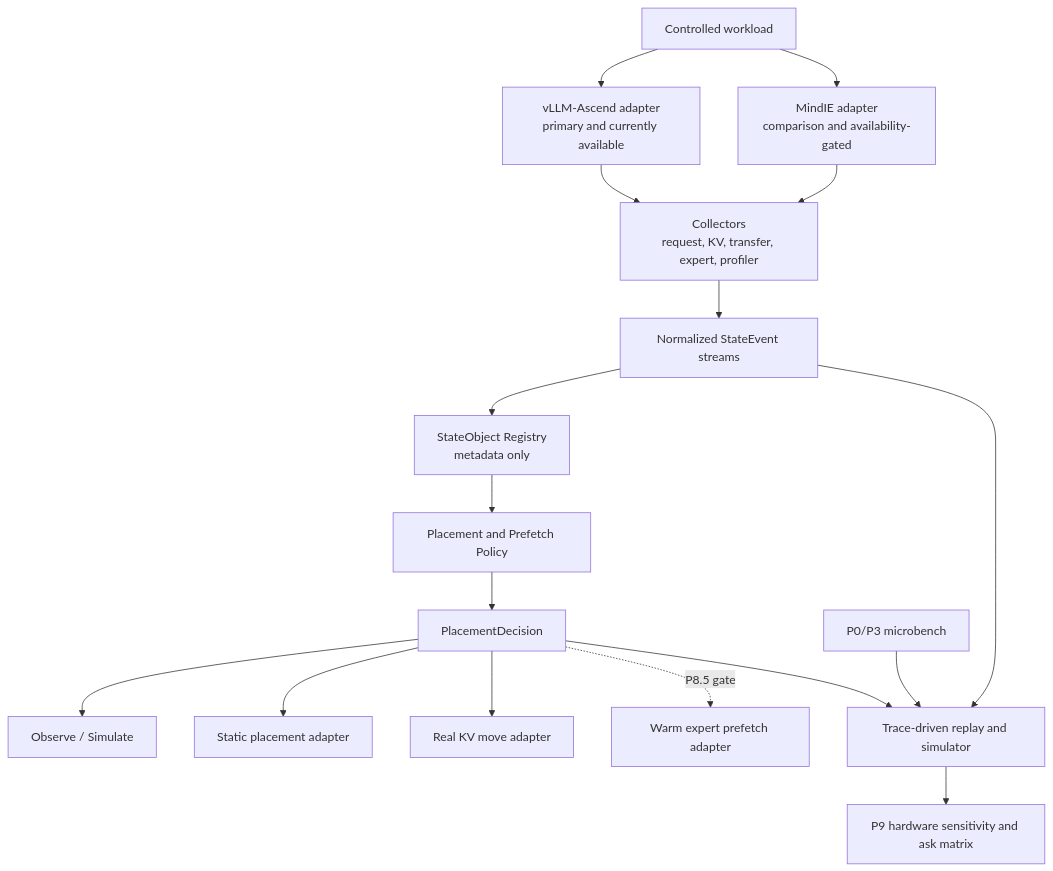
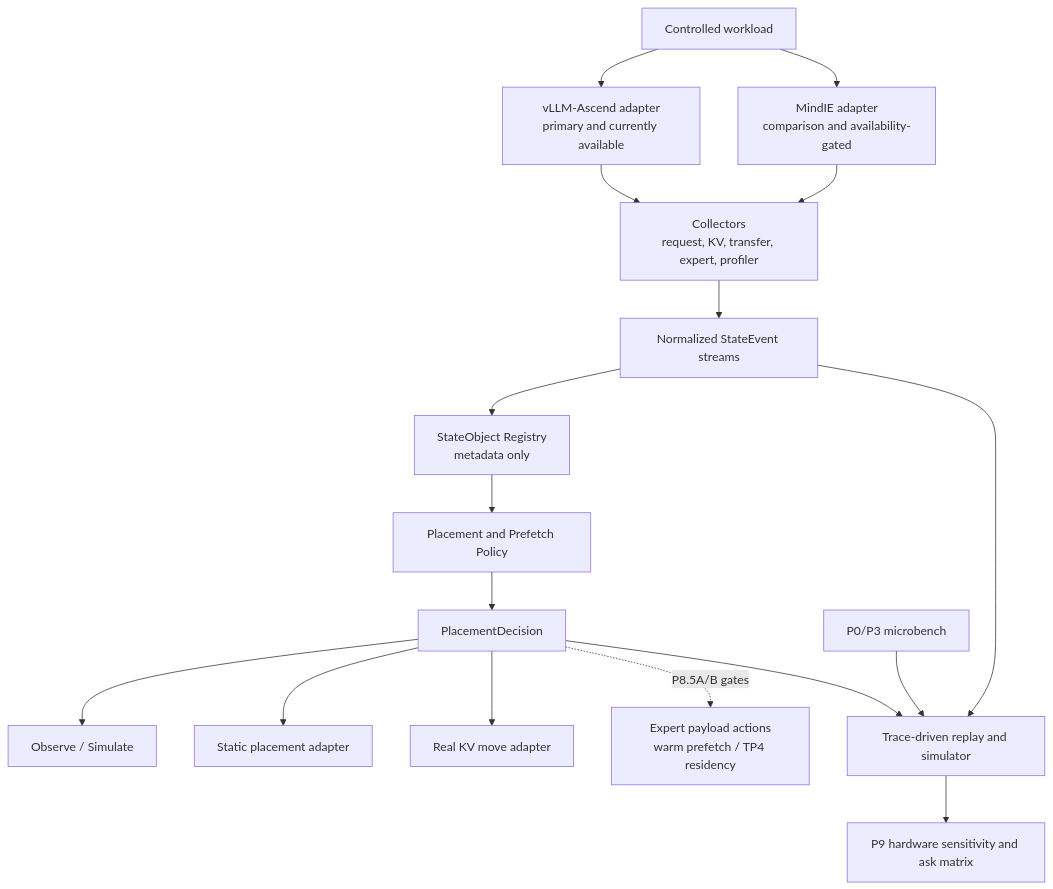
One commit to lgw2023/AK-Infer-Lab changed the diagram in docs/P8_LAYERED_ENGINEERING_PROTOTYPE_PLAN.md. Above: the diagram before and after it, drawn with Mermaid. The commit also changed other lines of this file and 4 other files, not shown here.

````diff
--- a/docs/P8_LAYERED_ENGINEERING_PROTOTYPE_PLAN.md
+++ b/docs/P8_LAYERED_ENGINEERING_PROTOTYPE_PLAN.md
@@ -92,22 +107,22 @@
 ```mermaid
 flowchart TB
   W["Controlled workload"] --> R1["vLLM-Ascend adapter\nprimary and currently available"]
   W --> R2["MindIE adapter\ncomparison and availability-gated"]
 
   R1 --> C["Collectors\nrequest, KV, transfer, expert, profiler"]
   R2 --> C
   C --> E["Normalized StateEvent streams"]
   E --> O["StateObject Registry\nmetadata only"]
   O --> P["Placement and Prefetch Policy"]
   P --> D["PlacementDecision"]
 
   D --> X1["Observe / Simulate"]
   D --> X2["Static placement adapter"]
   D --> X3["Real KV move adapter"]
-  D -. "P8.5 gate" .-> X4["Warm expert prefetch adapter"]
+  D -. "P8.5A/B gates" .-> X4["Expert payload actions\nwarm prefetch / TP4 residency"]
 
   E --> S["Trace-driven replay and simulator"]
   D --> S
   M["P0/P3 microbench"] --> S
   S --> H["P9 hardware sensitivity and ask matrix"]
 ```
````
